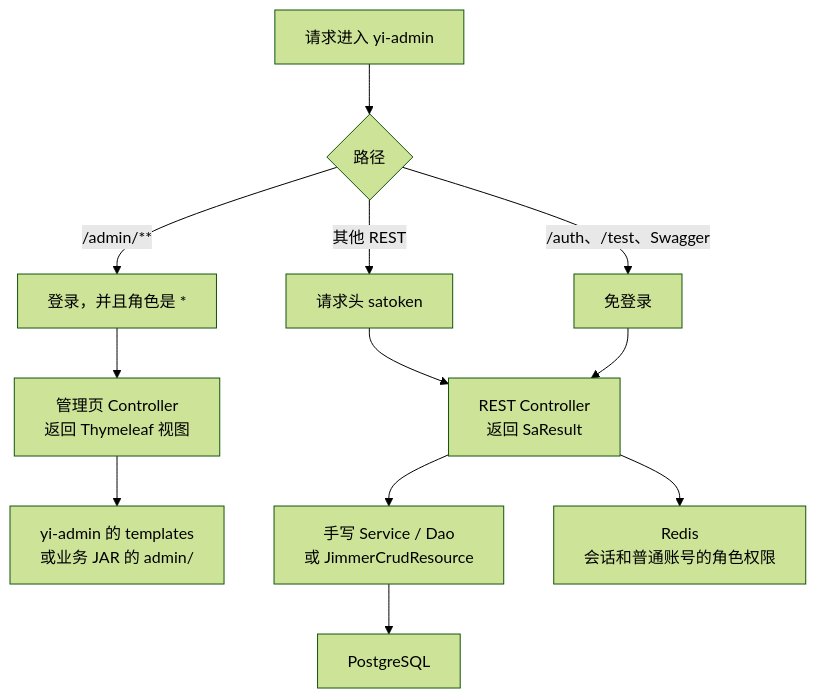
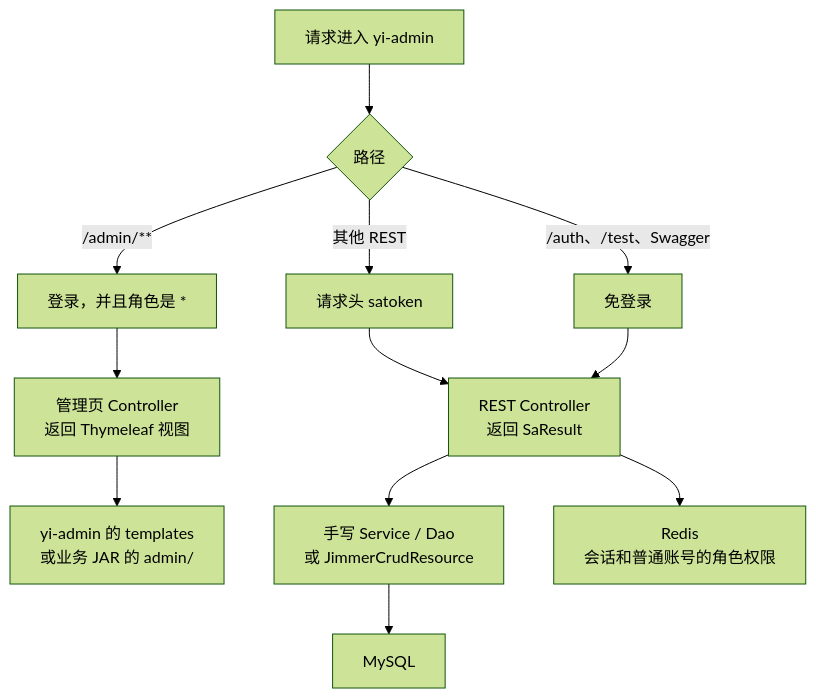
One commit to Star-yb/Star-Yi-Arc changed the second of 3 diagrams in docs/architecture.md. Above: the diagram before and after it, drawn with Mermaid (forest theme). The commit also changed other lines of this file and 9 other files, not shown here.

Commit message:
Align README with Star-Yi and add architecture diagrams

````diff
--- a/docs/architecture.md
+++ b/docs/architecture.md
@@ -31,15 +31,15 @@
 ```mermaid
 flowchart TD
   req["请求进入 yi-admin"]
   req --> gate{"路径"}
   gate -->|"/auth、/test、Swagger"| open["免登录"]
   gate -->|"/admin/**"| adminGate["登录，并且角色是 *"]
   gate -->|"其他 REST"| apiGate["请求头 satoken"]
   adminGate --> page["管理页 Controller\n返回 Thymeleaf 视图"]
   apiGate --> rest["REST Controller\n返回 SaResult"]
   open --> rest
   page --> tpl["yi-admin 的 templates\n或业务 JAR 的 admin/"]
   rest --> data["手写 Service / Dao\n或 JimmerCrudResource"]
-  data --> db["PostgreSQL"]
+  data --> db["MySQL"]
   rest --> redis["Redis\n会话和普通账号的角色权限"]
 ```
````
